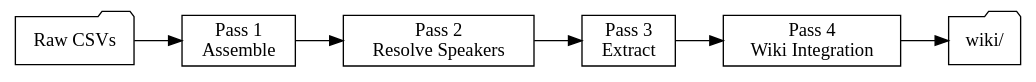
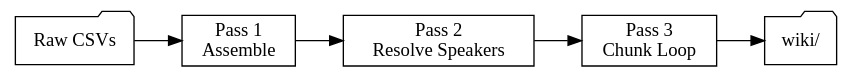
Before and after one commit to Thedougler/shattered-sea-wiki: the diagram in .claude/skills/session-ingest/SKILL.md, drawn with Graphviz. The commit also changed other lines of this file and 9 other files, not shown here.

````diff
--- a/.claude/skills/session-ingest/SKILL.md
+++ b/.claude/skills/session-ingest/SKILL.md
@@ -58,14 +78,13 @@
 ```dot
 digraph passes {
   rankdir=LR;
   node [shape=box];
   "Raw CSVs" [shape=folder];
   "wiki/" [shape=folder];
 
   "Raw CSVs" -> "Pass 1\nAssemble";
   "Pass 1\nAssemble" -> "Pass 2\nResolve Speakers";
-  "Pass 2\nResolve Speakers" -> "Pass 3\nExtract";
-  "Pass 3\nExtract" -> "Pass 4\nWiki Integration";
-  "Pass 4\nWiki Integration" -> "wiki/";
+  "Pass 2\nResolve Speakers" -> "Pass 3\nChunk Loop";
+  "Pass 3\nChunk Loop" -> "wiki/";
 }
 ```
````
